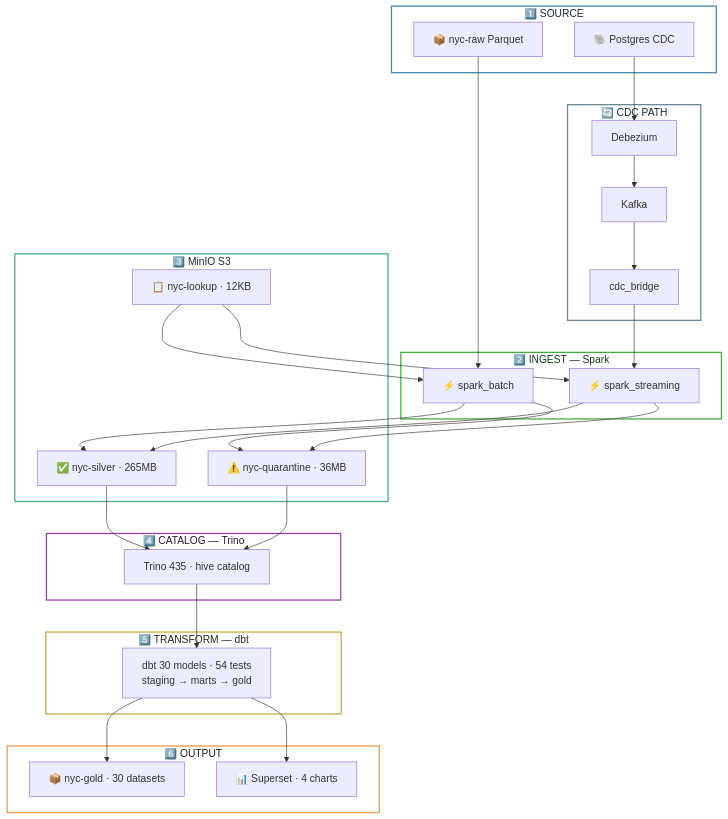
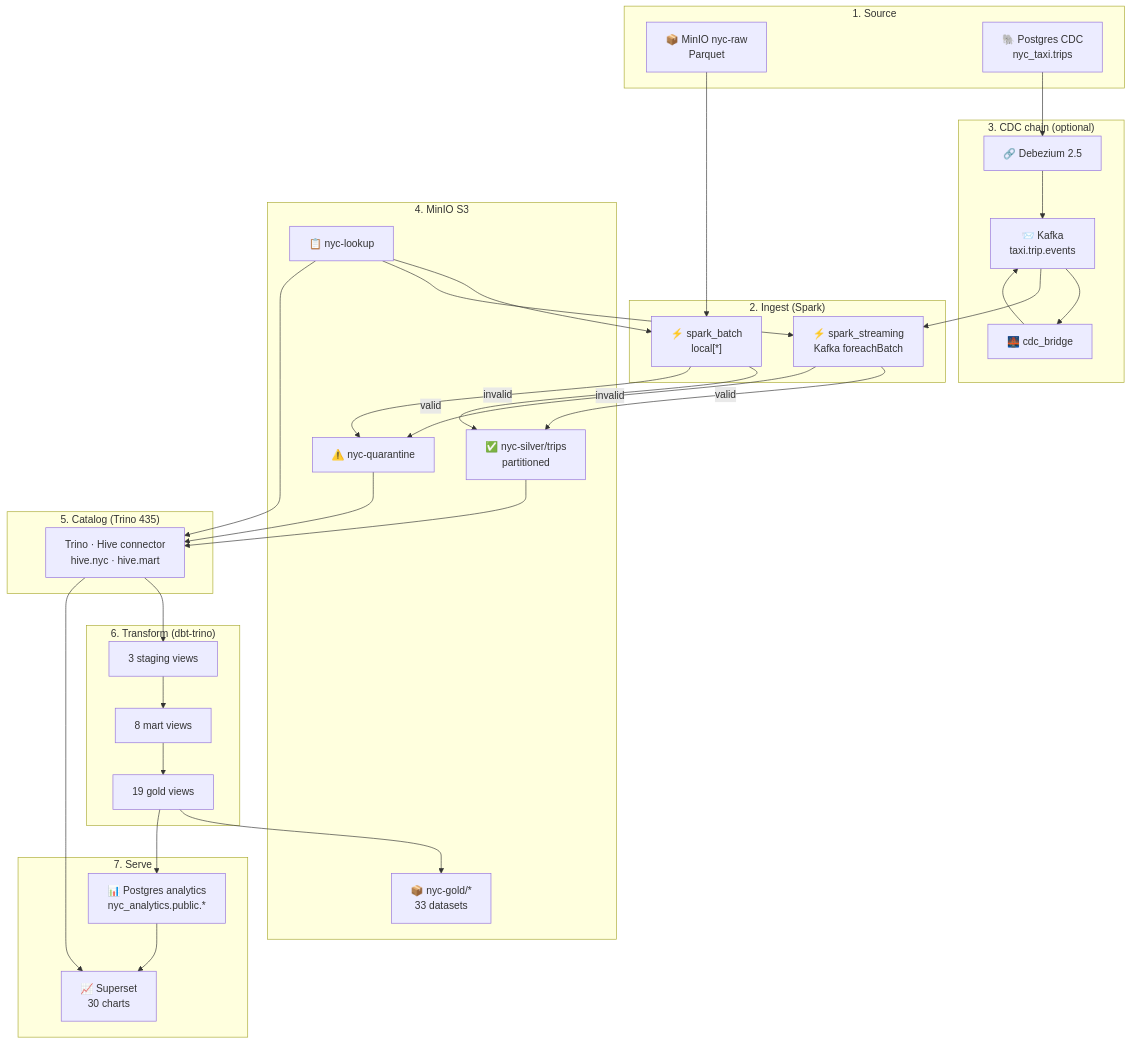
Before and after one commit to DawieMalmsteel/nyc_new: the first of 19 diagrams in README.md, drawn with Mermaid. The commit also changed other lines of this file and 1 other file, not shown here.

````diff
--- a/README.md
+++ b/README.md
@@ -103,55 +61,60 @@
 ```mermaid
-%%{init: {'theme': 'default', 'themeVariables': {'background': '#ffffff'}}}%%
 flowchart TD
-    subgraph SOURCE["1️⃣ SOURCE"]
-        RAW["📦 nyc-raw Parquet"]
-        PG["🐘 Postgres CDC"]
+    subgraph SOURCE["1. Source"]
+        RAW["📦 MinIO nyc-raw<br/>Parquet"]
+        PGC["🐘 Postgres CDC<br/>nyc_taxi.trips"]
     end
 
-    subgraph INGEST["2️⃣ INGEST — Spark"]
-        SB["⚡ spark_batch"]
-        SS["⚡ spark_streaming"]
+    subgraph INGEST["2. Ingest (Spark)"]
+        SB["⚡ spark_batch<br/>local[*]"]
+        SS["⚡ spark_streaming<br/>Kafka foreachBatch"]
     end
 
-    subgraph STORAGE["3️⃣ MinIO S3"]
-        SILVER["✅ nyc-silver · 265MB"]
-        QUAR["⚠️ nyc-quarantine · 36MB"]
-        LOOKUP["📋 nyc-lookup · 12KB"]
+    subgraph CDC["3. CDC chain (optional)"]
+        DZ["🔗 Debezium 2.5"]
+        KFK["📨 Kafka<br/>taxi.trip.events"]
+        BR["🌉 cdc_bridge"]
     end
 
-    subgraph CATALOG["4️⃣ CATALOG — Trino"]
-        TRINO["Trino 435 · hive catalog"]
+    subgraph STORAGE["4. MinIO S3"]
+        SIL["✅ nyc-silver/trips<br/>partitioned"]
+        QUA["⚠️ nyc-quarantine"]
+        LKP["📋 nyc-lookup"]
+        GLD["📦 nyc-gold/*<br/>33 datasets"]
     end
 
-    subgraph TRANSFORM["5️⃣ TRANSFORM — dbt"]
-        DBT["dbt 30 models · 54 tests<br/>staging → marts → gold"]
+    subgraph CATALOG["5. Catalog (Trino 435)"]
+        TR["Trino · Hive connector<br/>hive.nyc · hive.mart"]
     end
 
-    subgraph OUTPUT["6️⃣ OUTPUT"]
-        GOLD["📦 nyc-gold · 30 datasets"]
-        SUP["📊 Superset · 4 charts"]
+    subgraph TRANSFORM["6. Transform (dbt-trino)"]
+        STG["3 staging views"]
+        MARTS["8 mart views"]
+        GOLD["19 gold views"]
     end
 
-    subgraph CDC["🔄 CDC PATH"]
-        DZ["Debezium"]
-        KFK["Kafka"]
-        BRIDGE["cdc_bridge"]
+    subgraph SERVE["7. Serve"]
+        MAT["📊 Postgres analytics<br/>nyc_analytics.public.*"]
+        SUP["📈 Superset<br/>30 charts"]
     end
 
     RAW --> SB
-    PG --> DZ --> KFK --> BRIDGE --> SS
-    SB --> SILVER & QUAR
-    SS --> SILVER & QUAR
-    LOOKUP --> SB & SS
-    SILVER & QUAR --> TRINO
-    TRINO --> DBT
-    DBT --> GOLD & SUP
+    LKP --> SB
+    LKP --> SS
+    SB -->|valid| SIL
+    SB -->|invalid| QUA
+    SS -->|valid| SIL
+    SS -->|invalid| QUA
 
-    style SOURCE fill:#fff,stroke:#48a,stroke-width:2px,color:#1a2a3e
-    style INGEST fill:#fff,stroke:#4a4,stroke-width:2px,color:#1a3a1a
-    style STORAGE fill:#fff,stroke:#4a9,stroke-width:2px,color:#1a2a2e
-    style CATALOG fill:#fff,stroke:#94a,stroke-width:2px,color:#2a1a2e
-    style TRANSFORM fill:#fff,stroke:#ca4,stroke-width:2px,color:#2a2a1e
-    style OUTPUT fill:#fff,stroke:#e94,stroke-width:2px,color:#2d132c
-    style CDC fill:#fff,stroke:#689,stroke-width:2px,color:#1a2a3e
+    PGC --> DZ --> KFK --> BR --> KFK
+    KFK --> SS
+
+    SIL --> TR
+    QUA --> TR
+    LKP --> TR
+    TR --> STG --> MARTS --> GOLD
+    GOLD --> GLD
+    GOLD --> MAT
+    MAT --> SUP
+    TR --> SUP
 ```
````
